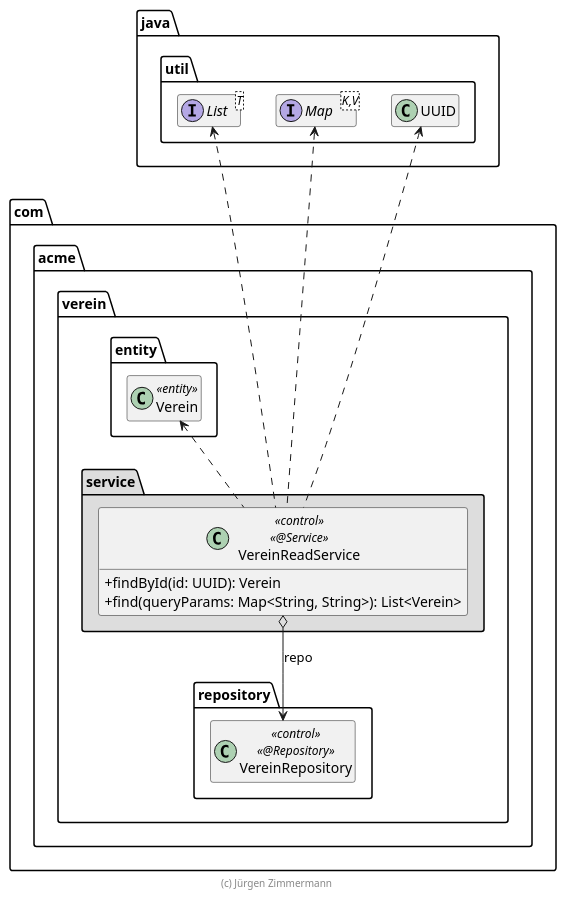
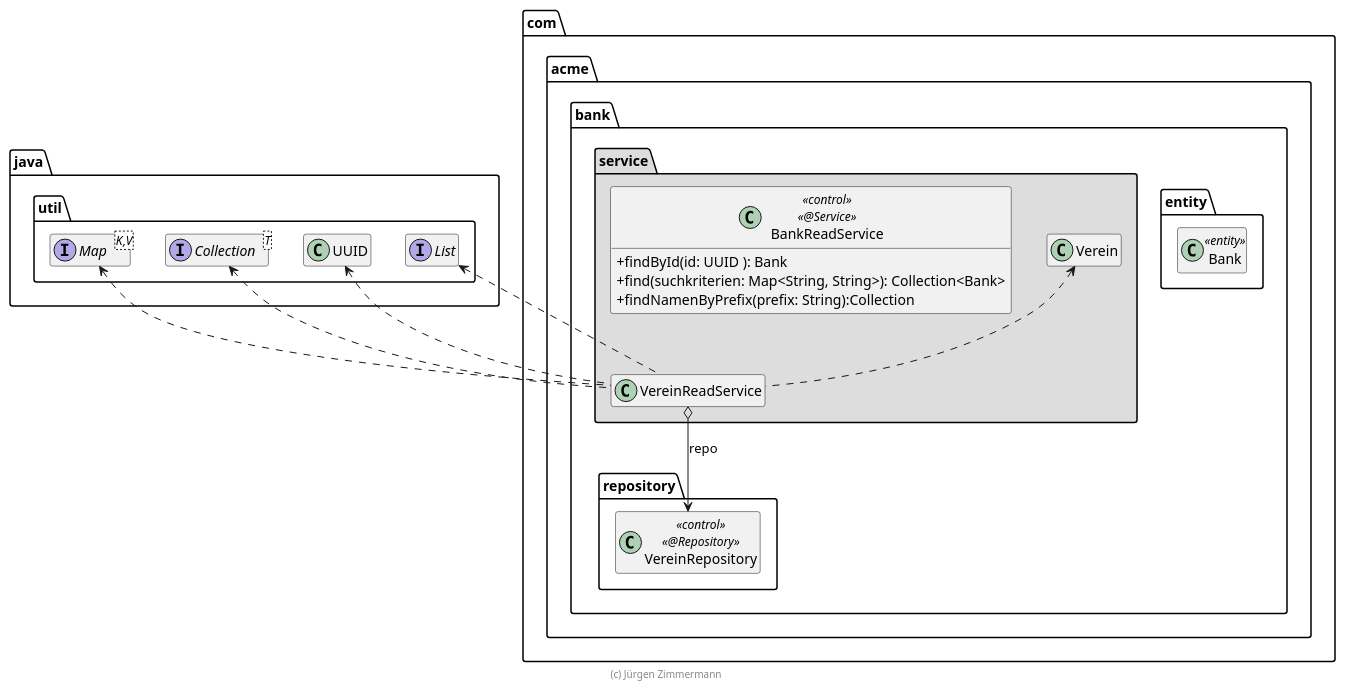
One commit to vinpuch/verein-v2 changed the diagram in extras/doc/VereinReadService.plantuml. Above: the diagram before and after it, drawn with PlantUML. The commit also changed 12 other files, not shown here.

```diff
--- a/extras/doc/VereinReadService.plantuml
+++ b/extras/doc/VereinReadService.plantuml
@@ -15,40 +15,43 @@
 @startuml VereinReadService
 
 skinparam classAttributeIconSize 0
 
 package java.util {
-    interface List<T>
+    interface Collection<T>
     interface Map<K,V>
     class UUID
+    interface List
 }
 
-package com.acme.verein {
+package com.acme.bank {
     package entity {
-        class Verein << entity >>
+        class Bank << entity >>
 
-        Verein .up[hidden].> List
     }
+
 
     package repository {
         class VereinRepository << control >> << @Repository >>
     }
 
-    package service #DDDDDD {
-        class VereinReadService << control >> << @Service >> {
-            + findById(id: UUID): Verein
-            + find(queryParams: Map<String, String>): List<Verein>
-        }
-
+       package service #DDDDDD {
+           class BankReadService << control >> << @Service >> {
+               + findById(id: UUID ): Bank
+               + find(suchkriterien: Map<String, String>): Collection<Bank>
+               + findNamenByPrefix(prefix: String):Collection
+           }
         VereinReadService o--> VereinRepository : repo
         VereinReadService .up.> Verein
+        VereinReadService .up.>List
         VereinReadService .up.> UUID
-        VereinReadService .up> List
-        VereinReadService .up.> Map
+        VereinReadService .up> Map
+        VereinReadService .up.>Collection
+
     }
 }
 
 hide empty members
 
 footer (c) Jürgen Zimmermann
 
 @enduml
```
